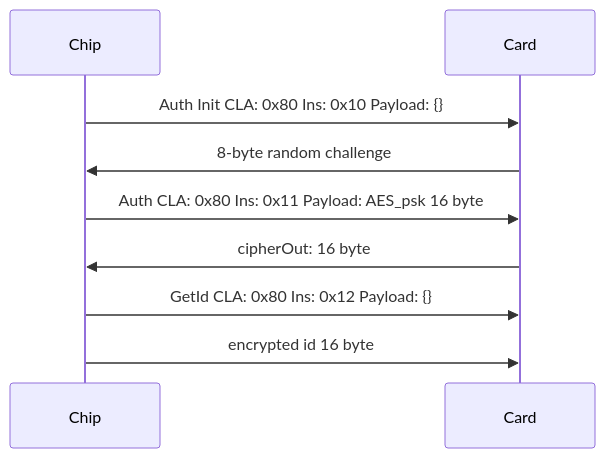
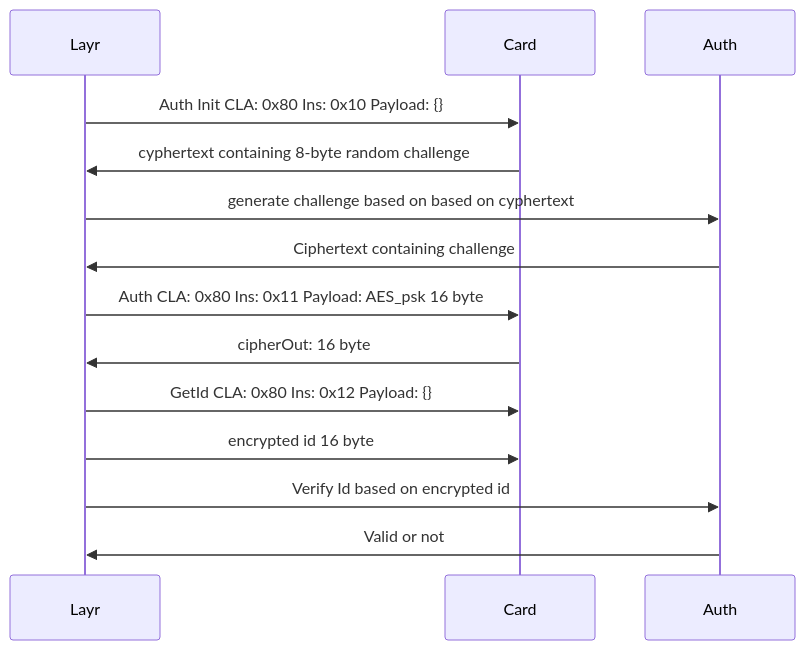
One commit to janschaible/layer changed the second of 2 diagrams in layr/layr/Layr/README.md. Above: the diagram before and after it, drawn with Mermaid. The commit also changed 5 other files, not shown here.

Commit message:
implement layr auth

````diff
--- a/layr/layr/Layr/README.md
+++ b/layr/layr/Layr/README.md
@@ -15,9 +15,16 @@
 ```mermaid
 sequenceDiagram
-    Chip->>Card: Auth Init CLA: 0x80 Ins: 0x10 Payload: {}
-    Card->>Chip: 8-byte random challenge
-    Chip->>Card: Auth CLA: 0x80 Ins: 0x11 Payload: AES_psk 16 byte
-    Card->>Chip: cipherOut: 16 byte
-    Chip->>Card: GetId CLA: 0x80 Ins: 0x12 Payload: {}
-    Chip->>Card: encrypted id 16 byte
+    Layr->>Card: Auth Init CLA: 0x80 Ins: 0x10 Payload: {}
+    Card->>Layr: cyphertext containing 8-byte random challenge
+
+    Layr->>Auth: generate challenge based on based on cyphertext
+    Auth->>Layr: Ciphertext containing challenge
+
+    Layr->>Card: Auth CLA: 0x80 Ins: 0x11 Payload: AES_psk 16 byte
+    Card->>Layr: cipherOut: 16 byte
+    Layr->>Card: GetId CLA: 0x80 Ins: 0x12 Payload: {}
+    Layr->>Card: encrypted id 16 byte
+
+    Layr->>Auth: Verify Id based on encrypted id
+    Auth->>Layr: Valid or not
 ```
````
